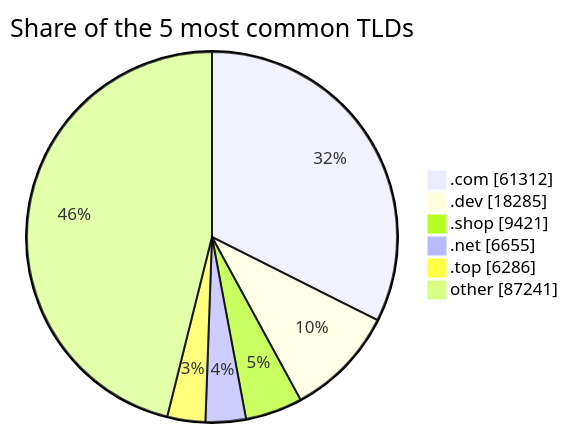
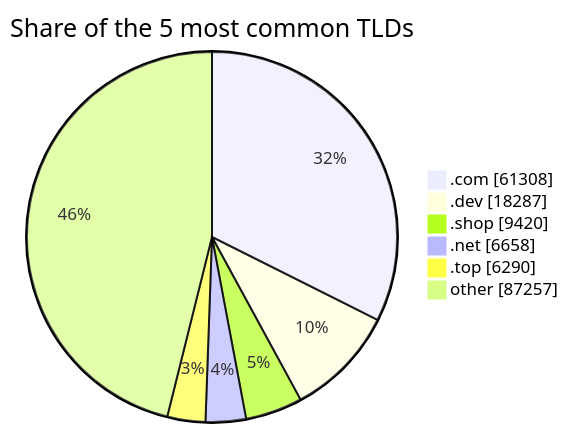
One commit to DNSBunker/CTI changed the third of 3 diagrams in README.md. Above: the diagram before and after it, drawn with Mermaid. The commit also changed other lines of this file and 3 other files, not shown here.

````diff
--- a/README.md
+++ b/README.md
@@ -81,9 +81,9 @@
 ```mermaid
 pie showData title Share of the 5 most common TLDs
-    ".com" : 61312
-    ".dev" : 18285
-    ".shop" : 9421
-    ".net" : 6655
-    ".top" : 6286
-    "other" : 87241
+    ".com" : 61308
+    ".dev" : 18287
+    ".shop" : 9420
+    ".net" : 6658
+    ".top" : 6290
+    "other" : 87257
 ```
````
